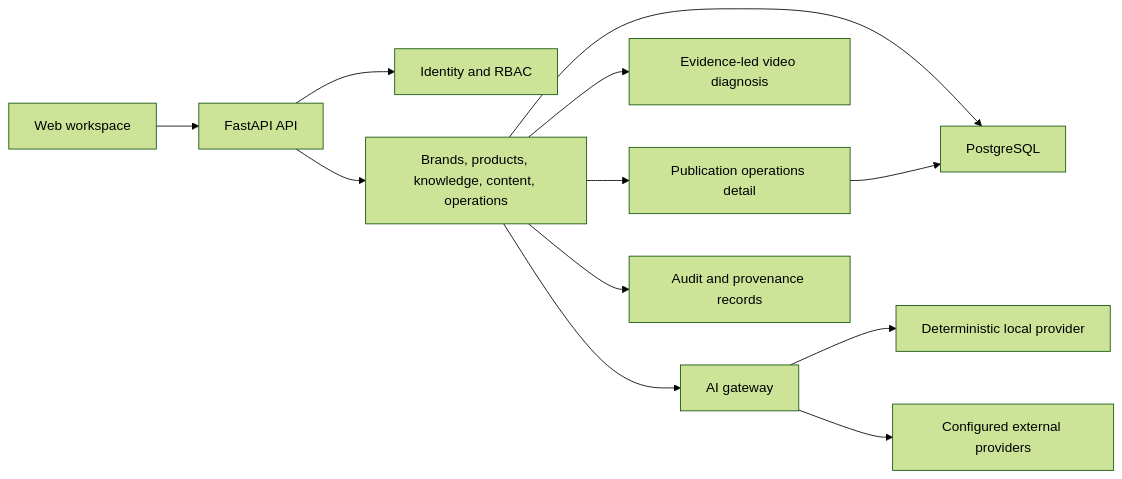
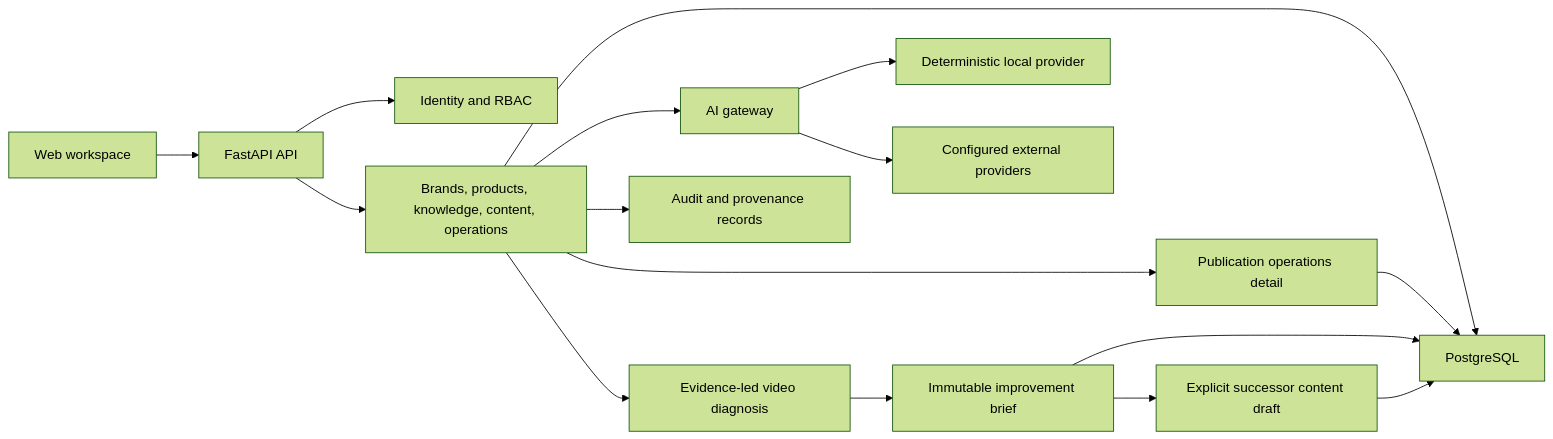
Before and after one commit to KayZhongyi/heyu-ai: the diagram in docs/architecture.md, drawn with Mermaid (forest theme). The commit also changed 9 other files, not shown here.

Commit message:
feat: add diagnosis-driven improvement briefs

````diff
--- a/docs/architecture.md
+++ b/docs/architecture.md
@@ -19,14 +19,18 @@
 ```mermaid
 flowchart LR
   Web["Web workspace"] --> API["FastAPI API"]
   API --> Auth["Identity and RBAC"]
   API --> Domain["Brands, products, knowledge, content, operations"]
   Domain --> DB["PostgreSQL"]
   Domain --> Gateway["AI gateway"]
   Domain --> Diagnosis["Evidence-led video diagnosis"]
   Domain --> PublicationDetail["Publication operations detail"]
+  Diagnosis --> Brief["Immutable improvement brief"]
+  Brief --> Version["Explicit successor content draft"]
   Gateway --> Mock["Deterministic local provider"]
   Gateway --> Providers["Configured external providers"]
   Domain --> Audit["Audit and provenance records"]
   PublicationDetail --> DB
+  Brief --> DB
+  Version --> DB
 ```
````
